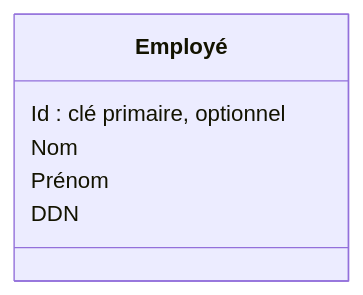
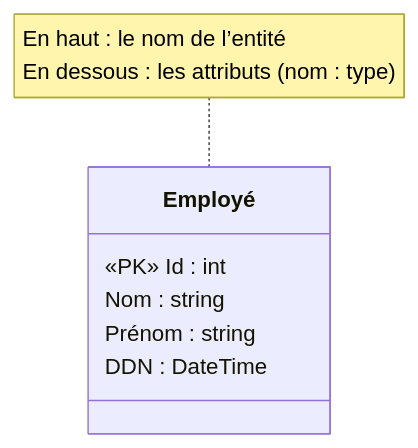
Before and after one commit to departement-info-cem/3W6-Web-Transactionelle: the first of 4 diagrams in web/docs/01-cours/03-rencontre2.1.md, drawn with Mermaid. The commit also changed other lines of this file and 19 other files, not shown here.

````diff
--- a/web/docs/01-cours/03-rencontre2.1.md
+++ b/web/docs/01-cours/03-rencontre2.1.md
@@ -49,9 +51,10 @@
 ```mermaid
 classDiagram
-    class Employe["Employé"] {
-        Id : clé primaire, optionnel
-        Nom
-        Prénom
-        DDN
+    class Employé {
+        «PK» Id : int
+        Nom : string
+        Prénom : string
+        DDN : DateTime
     }
+    note for Employé "En haut : le nom de l’entité<br>En dessous : les attributs (nom : type)"
 ```
````
